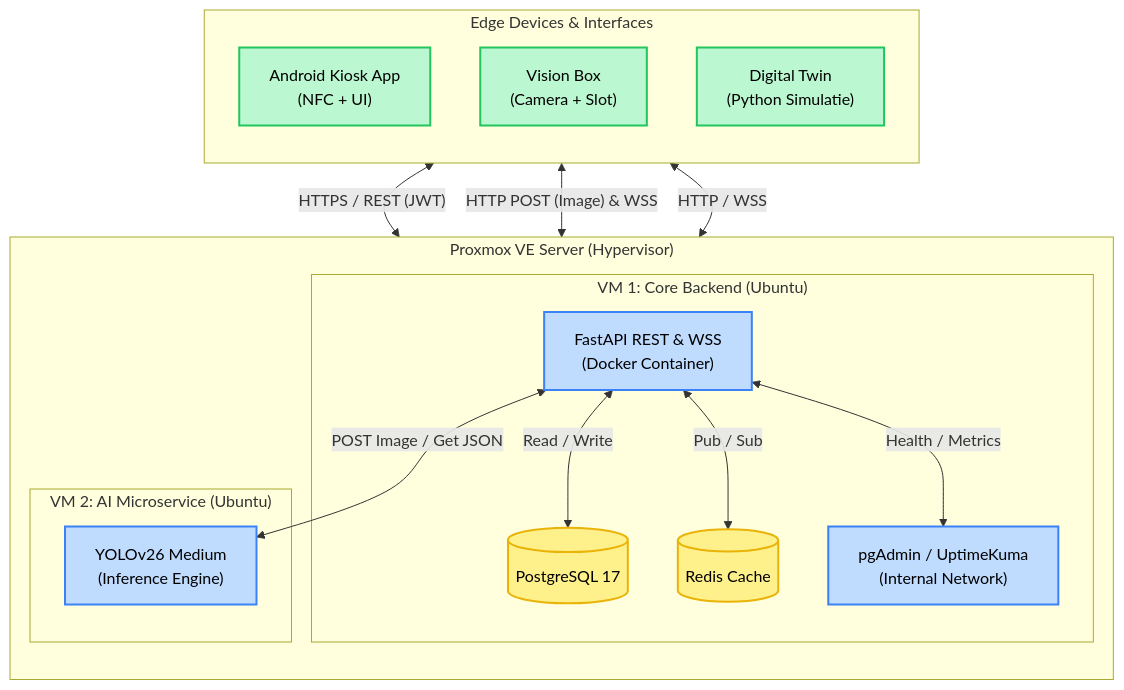
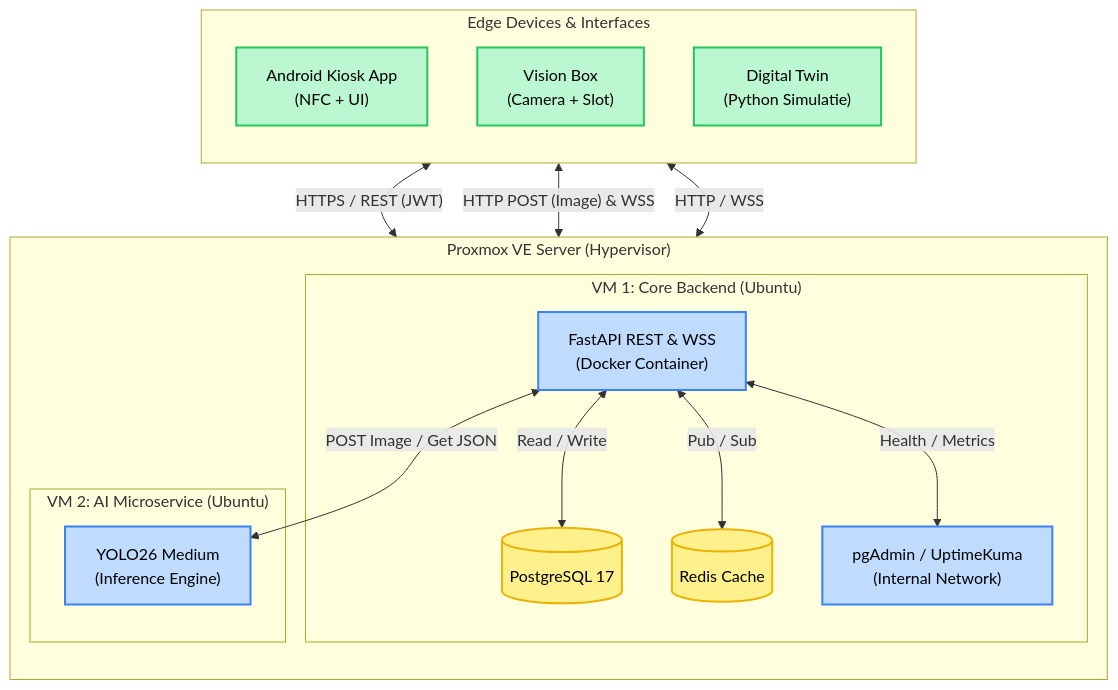
One commit to easylend-practice-enterprise/easylend changed the first of 3 diagrams in docs/architecture.md. Above: the diagram before and after it, drawn with Mermaid. The commit also changed other lines of this file and 7 other files, not shown here.

Commit message:
docs: uitgebreide update architectuur, workflows, gap analysis en backend plan

````diff
--- a/docs/architecture.md
+++ b/docs/architecture.md
@@ -11,40 +11,40 @@
 ```mermaid
 flowchart TD
     %% STIJLEN
     classDef container fill:#bfdbfe,stroke:#3b82f6,stroke-width:2px,color:#000;
     classDef db fill:#fef08a,stroke:#eab308,stroke-width:2px,color:#000;
     classDef edge fill:#bbf7d0,stroke:#22c55e,stroke-width:2px,color:#000;
 
     subgraph Edge ["Edge Devices & Interfaces"]
         direction TB
         K["Android Kiosk App<br/>(NFC + UI)"]:::edge
         V["Vision Box<br/>(Camera + Slot)"]:::edge
         S["Digital Twin<br/>(Python Simulatie)"]:::edge
     end
 
     subgraph Proxmox ["Proxmox VE Server (Hypervisor)"]
         direction TB
         
         subgraph VM1 ["VM 1: Core Backend (Ubuntu)"]
             API["FastAPI REST & WSS<br/>(Docker Container)"]:::container
             DB[("PostgreSQL 17")]:::db
             REDIS[("Redis Cache")]:::db
             MONITOR["pgAdmin / UptimeKuma<br/>(Internal Network)"]:::container
         end
 
         subgraph VM2 ["VM 2: AI Microservice (Ubuntu)"]
-            YOLO["YOLOv26 Medium<br/>(Inference Engine)"]:::container
+            YOLO["YOLO26 Medium<br/>(Inference Engine)"]:::container
         end
     end
 
     %% Connections
     K <-->|"HTTPS / REST (JWT)"| API
     V <-->|"HTTP POST (Image) & WSS"| API
     S <-->|"HTTP / WSS"| API
     
     API <-->|"Read / Write"| DB
     API <-->|"Pub / Sub"| REDIS
     API <-->|"POST Image / Get JSON"| YOLO
     API <-->|"Health / Metrics"| MONITOR
 
 ```
````
